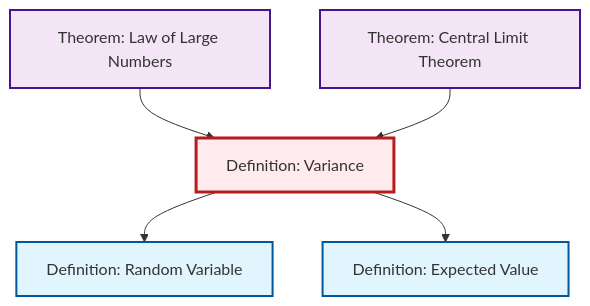
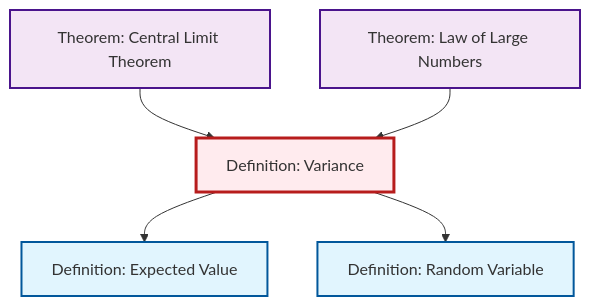
Before and after one commit to RK0429/ModernMath: the second of 2 diagrams in content/en/probability-statistics/def-variance.qmd, drawn with Mermaid. The commit also changed other lines of this file and 554 other files, not shown here.

````diff
--- a/content/en/probability-statistics/def-variance.qmd
+++ b/content/en/probability-statistics/def-variance.qmd
@@ -101,23 +101,23 @@
 ```{mermaid}
 %%| fig-cap: "Local dependency graph"
 graph TD
     classDef definition fill:#e1f5fe,stroke:#01579b,stroke-width:2px
     classDef theorem fill:#f3e5f5,stroke:#4a148c,stroke-width:2px
     classDef axiom fill:#fff3e0,stroke:#e65100,stroke-width:2px
     classDef example fill:#e8f5e9,stroke:#1b5e20,stroke-width:2px
     classDef current fill:#ffebee,stroke:#b71c1c,stroke-width:3px
-    def-expectation["Definition: Expected Value"]:::definition
+    def-variance["Definition: Variance"]:::definition
     def-random-variable["Definition: Random Variable"]:::definition
     thm-law-of-large-numbers["Theorem: Law of Large Numbers"]:::theorem
     thm-central-limit["Theorem: Central Limit Theorem"]:::theorem
-    def-variance["Definition: Variance"]:::definition
+    def-expectation["Definition: Expected Value"]:::definition
+    thm-central-limit --> def-variance
     thm-law-of-large-numbers --> def-variance
+    def-variance --> def-expectation
     def-variance --> def-random-variable
-    thm-central-limit --> def-variance
-    def-variance --> def-expectation
     class def-variance current
-    click def-expectation "def-expectation.html" "Go to Expected Value definition"
     click def-random-variable "def-random-variable.html" "Go to Random Variable definition"
     click thm-law-of-large-numbers "thm-law-of-large-numbers.html" "Go to Law of Large Numbers theorem"
     click thm-central-limit "thm-central-limit.html" "Go to Central Limit Theorem theorem"
+    click def-expectation "def-expectation.html" "Go to Expected Value definition"
 ```
````
